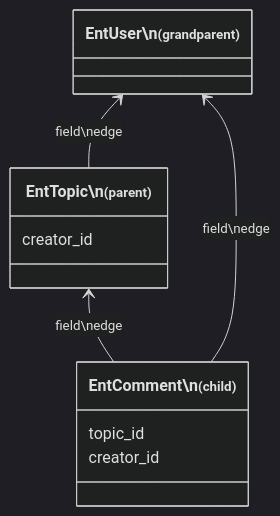
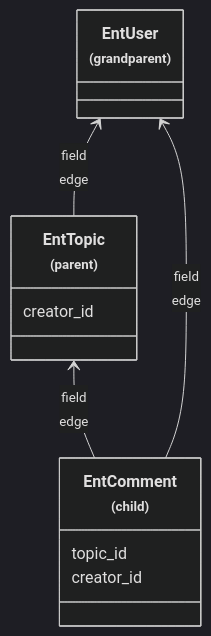
The first of 2 diagrams in gitbook/getting-started/ent-api-select-by-expression.md (dimikot/ent-framework), drawn with Mermaid (dark theme) before and after one commit. The commit also changed other lines of this file and 5 other files, not shown here.

````diff
--- a/gitbook/getting-started/ent-api-select-by-expression.md
+++ b/gitbook/getting-started/ent-api-select-by-expression.md
@@ -27,13 +27,13 @@
 ```mermaid
 classDiagram
     direction BT
-    class EntComment["EntComment\n<small>(child)</small>"]
+    class EntComment["EntComment<br><small>(child)</small>"]
     EntComment : topic_id
     EntComment : creator_id
-    class EntTopic["EntTopic\n<small>(parent)</small>"]
+    class EntTopic["EntTopic<br><small>(parent)</small>"]
     EntTopic : creator_id
-    class EntUser["EntUser\n<small>(grandparent)</small>"]
-    EntComment --> EntTopic : <small>field\nedge</small>
-    EntTopic --> EntUser : <small>field\nedge</small>
-    EntComment --> EntUser : <small>field\nedge</small>
+    class EntUser["EntUser<br><small>(grandparent)</small>"]
+    EntComment --> EntTopic : <small>field<br>edge</small>
+    EntTopic --> EntUser : <small>field<br>edge</small>
+    EntComment --> EntUser : <small>field<br>edge</small>
 ```
````
